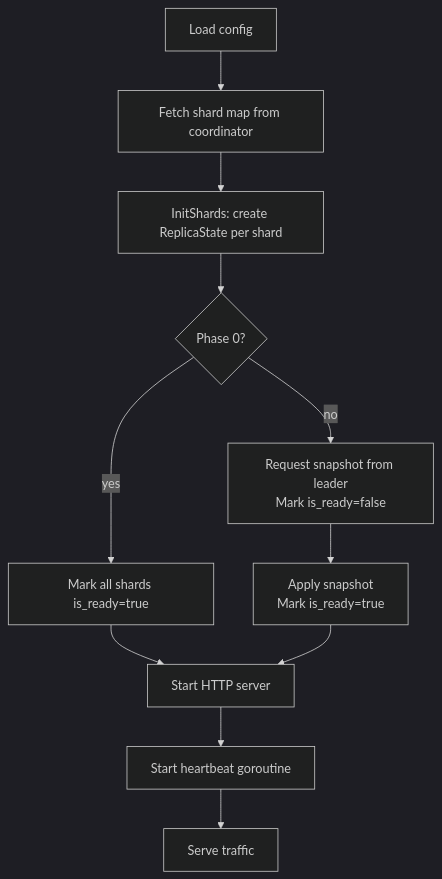
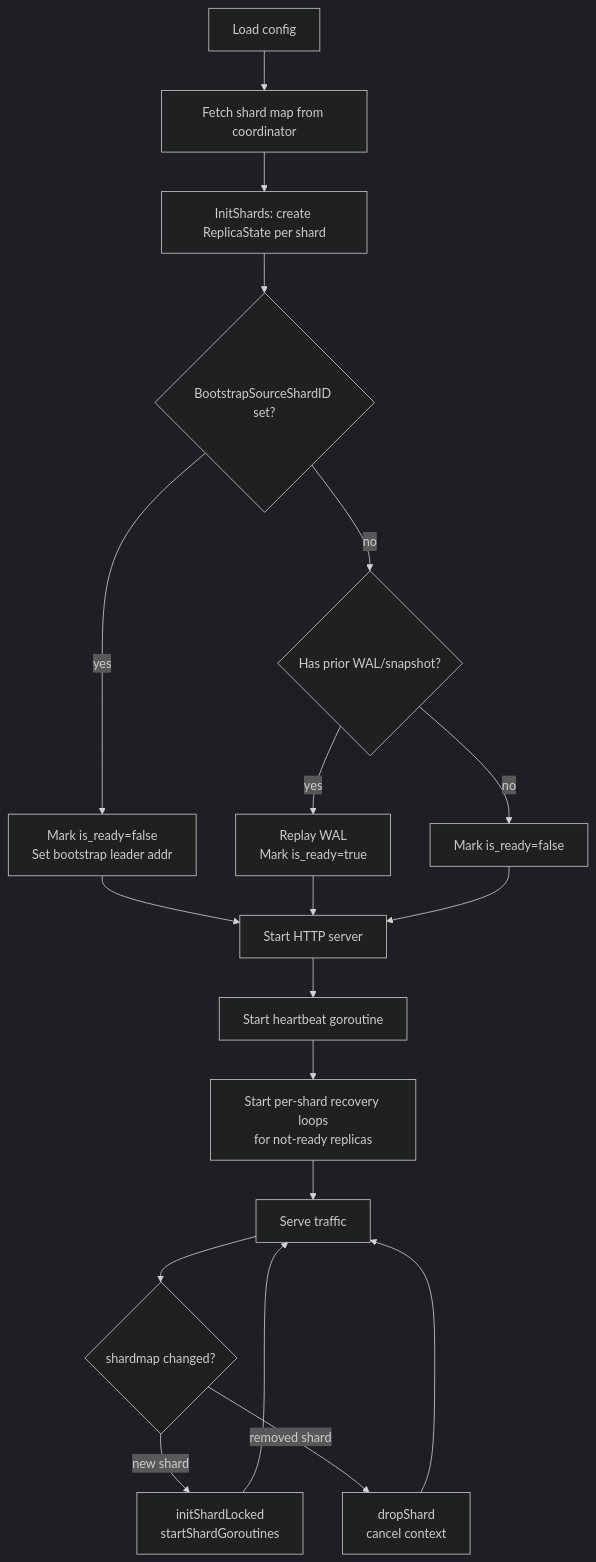
Before and after one commit to davecarr1024/doki: diagram 14 of 16 in docs/architecture.md, drawn with Mermaid (dark theme). The commit also changed other lines of this file and 5 other files, not shown here.

````diff
--- a/docs/architecture.md
+++ b/docs/architecture.md
@@ -257,13 +345,21 @@
 ```mermaid
 flowchart TD
     A[Load config] --> B[Fetch shard map from coordinator]
     B --> C[InitShards: create ReplicaState per shard]
-    C --> D{Phase 0?}
-    D -- yes --> E[Mark all shards is_ready=true]
-    D -- no --> F[Request snapshot from leader\nMark is_ready=false]
-    F --> G[Apply snapshot\nMark is_ready=true]
-    E --> H[Start HTTP server]
-    G --> H
-    H --> I[Start heartbeat goroutine]
-    I --> J[Serve traffic]
+    C --> D{BootstrapSourceShardID set?}
+    D -- yes --> E[Mark is_ready=false\nSet bootstrap leader addr]
+    D -- no --> F{Has prior WAL/snapshot?}
+    F -- yes --> G[Replay WAL\nMark is_ready=true]
+    F -- no --> H[Mark is_ready=false]
+    E --> I[Start HTTP server]
+    G --> I
+    H --> I
+    I --> J[Start heartbeat goroutine]
+    J --> K[Start per-shard recovery loops\nfor not-ready replicas]
+    K --> L[Serve traffic]
+    L --> M{shardmap changed?}
+    M -- new shard --> N[initShardLocked\nstartShardGoroutines]
+    M -- removed shard --> O[dropShard\ncancel context]
+    N --> L
+    O --> L
 ```
````
